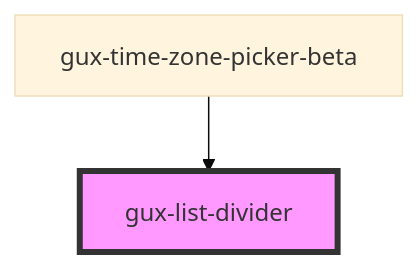
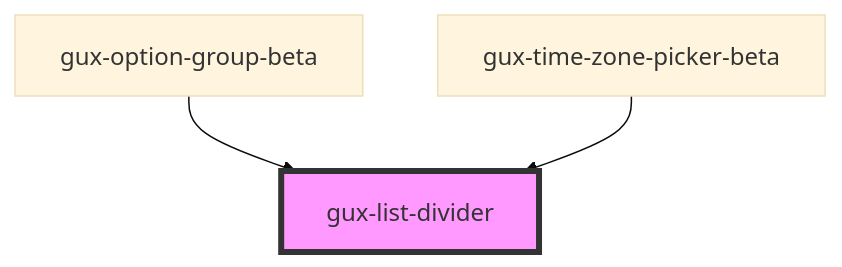
The diagram in packages/genesys-spark-components/src/components/stable/gux-list/gux-list-divider/readme.md (MyPureCloud/genesys-spark), drawn with Mermaid (base theme) before and after one commit. The commit also changed other lines of this file and 2 other files, not shown here.

Commit message:
fix(dropdown-multi): fix tests
Fix tests

GDS-2287

````diff
--- a/packages/genesys-spark-components/src/components/stable/gux-list/gux-list-divider/readme.md
+++ b/packages/genesys-spark-components/src/components/stable/gux-list/gux-list-divider/readme.md
@@ -15,5 +16,6 @@
 ```mermaid
 graph TD;
+  gux-option-group-beta --> gux-list-divider
   gux-time-zone-picker-beta --> gux-list-divider
   style gux-list-divider fill:#f9f,stroke:#333,stroke-width:4px
 ```
````
